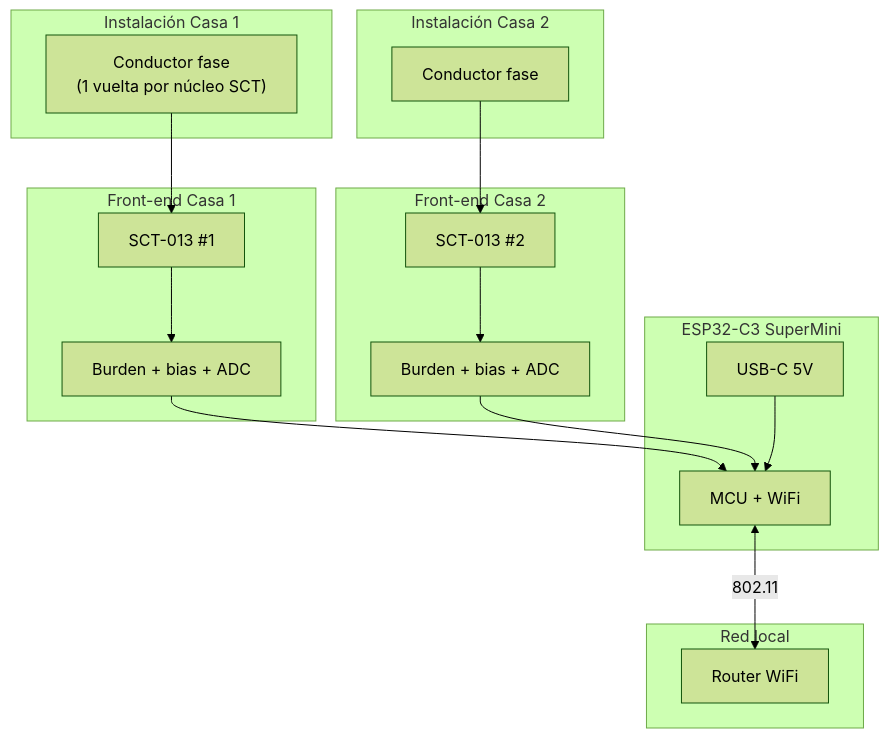
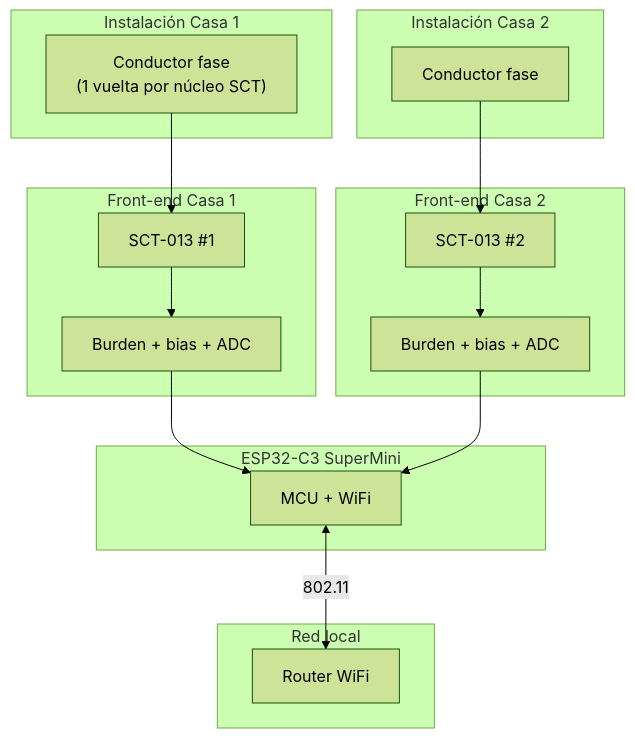
The second of 2 diagrams in docs/01-hardware.md (TaielMartinez/medidor-corriente-casa), drawn with Mermaid (forest theme) before and after one commit. The commit also changed other lines of this file and 2 other files, not shown here.

Commit message:
Update hardware documentation for clarity and formatting. Improved table layouts, added details on component usage, and refined checklist items. Adjusted implementation plan for ESP32 installation. Removed redundant information from ASCII connection diagram.

````diff
--- a/docs/01-hardware.md
+++ b/docs/01-hardware.md
@@ -96,35 +102,33 @@
 ```mermaid
 flowchart TB
     subgraph Red1["Instalación Casa 1"]
         F1["Conductor fase<br/>(1 vuelta por núcleo SCT)"]
     end
 
     subgraph Red2["Instalación Casa 2"]
         F2["Conductor fase"]
     end
 
     subgraph FE1["Front-end Casa 1"]
         S1["SCT-013 #1"]
         E1["Burden + bias + ADC"]
     end
 
     subgraph FE2["Front-end Casa 2"]
         S2["SCT-013 #2"]
         E2["Burden + bias + ADC"]
     end
 
     subgraph MCU["ESP32-C3 SuperMini"]
         ESP["MCU + WiFi"]
-        USB["USB-C 5V"]
     end
 
     F1 --> S1 --> E1 --> ESP
     F2 --> S2 --> E2 --> ESP
-    USB --> ESP
 
     subgraph LAN["Red local"]
         AP["Router WiFi"]
     end
 
     ESP <-->|802.11| AP
 ```
````
